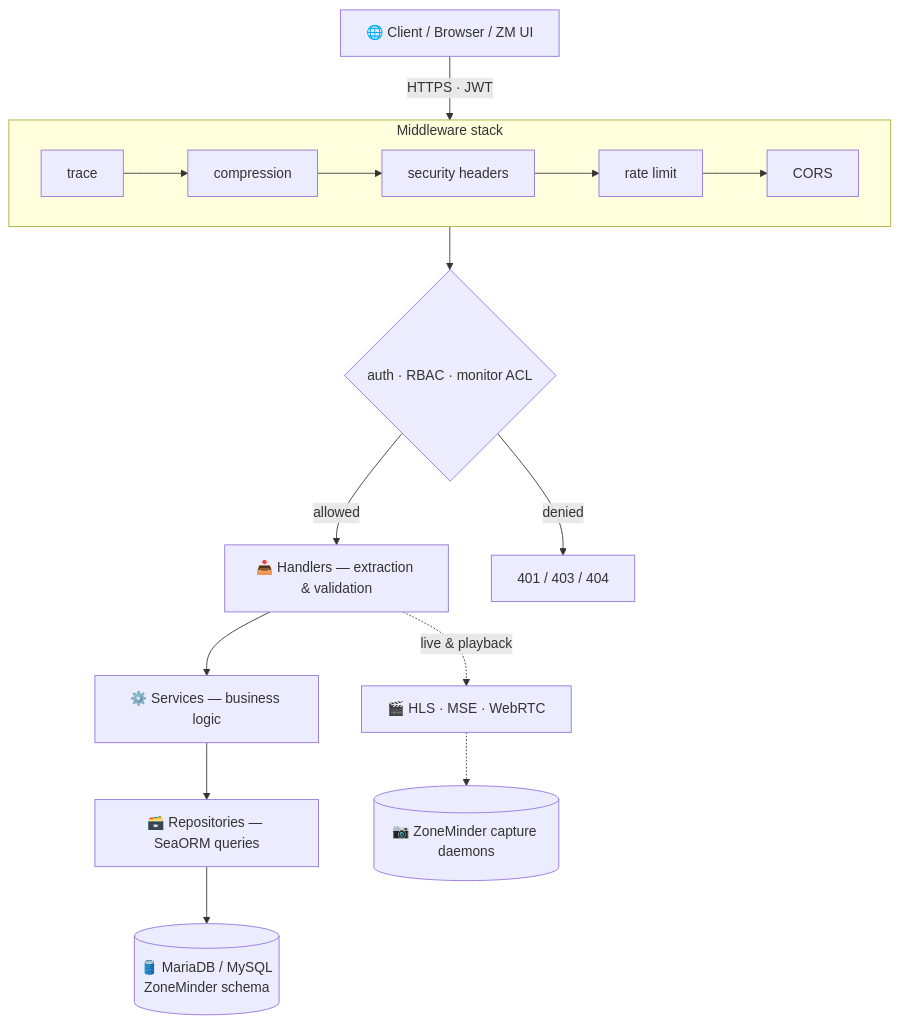
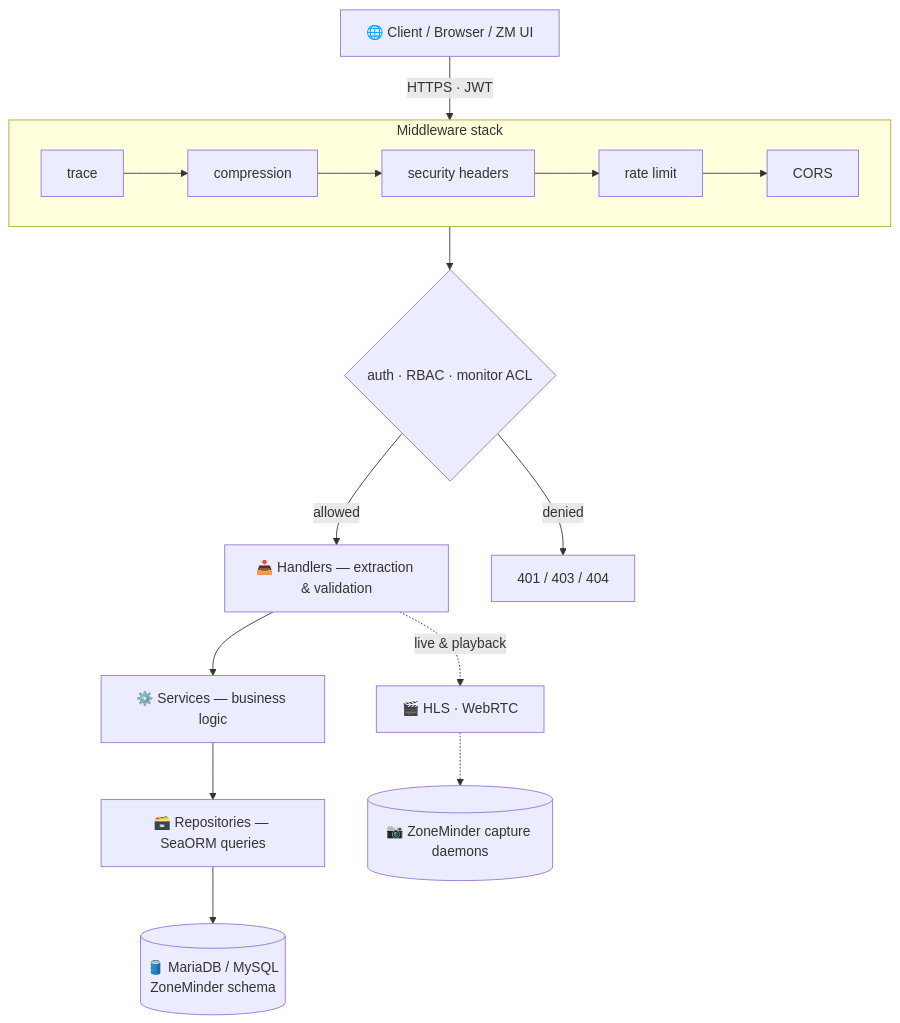
Before and after one commit to SteveGilvarry/zm-api: the diagram in README.md, drawn with Mermaid. The commit also changed other lines of this file, not shown here.

First line of the commit message:
docs(readme): drop MSE from streaming; add packaging/install section

````diff
--- a/README.md
+++ b/README.md
@@ -78,20 +77,20 @@
 ```mermaid
 flowchart TD
     Client["🌐 Client / Browser / ZM UI"] -->|HTTPS · JWT| Stack
 
     subgraph Stack["Middleware stack"]
         direction LR
         T[trace] --> C[compression] --> H[security headers] --> R[rate limit] --> O[CORS]
     end
 
     Stack --> Auth{"auth · RBAC · monitor ACL"}
     Auth -->|allowed| Handlers["📥 Handlers — extraction & validation"]
     Auth -->|denied| Reject["401 / 403 / 404"]
 
     Handlers --> Services["⚙️ Services — business logic"]
     Services --> Repos["🗃️ Repositories — SeaORM queries"]
     Repos --> DB[("🛢️ MariaDB / MySQL<br/>ZoneMinder schema")]
 
-    Handlers -.live & playback.-> Streaming["🎬 HLS · MSE · WebRTC"]
+    Handlers -.live & playback.-> Streaming["🎬 HLS · WebRTC"]
     Streaming -.-> Cameras[("📷 ZoneMinder capture daemons")]
 ```
````
